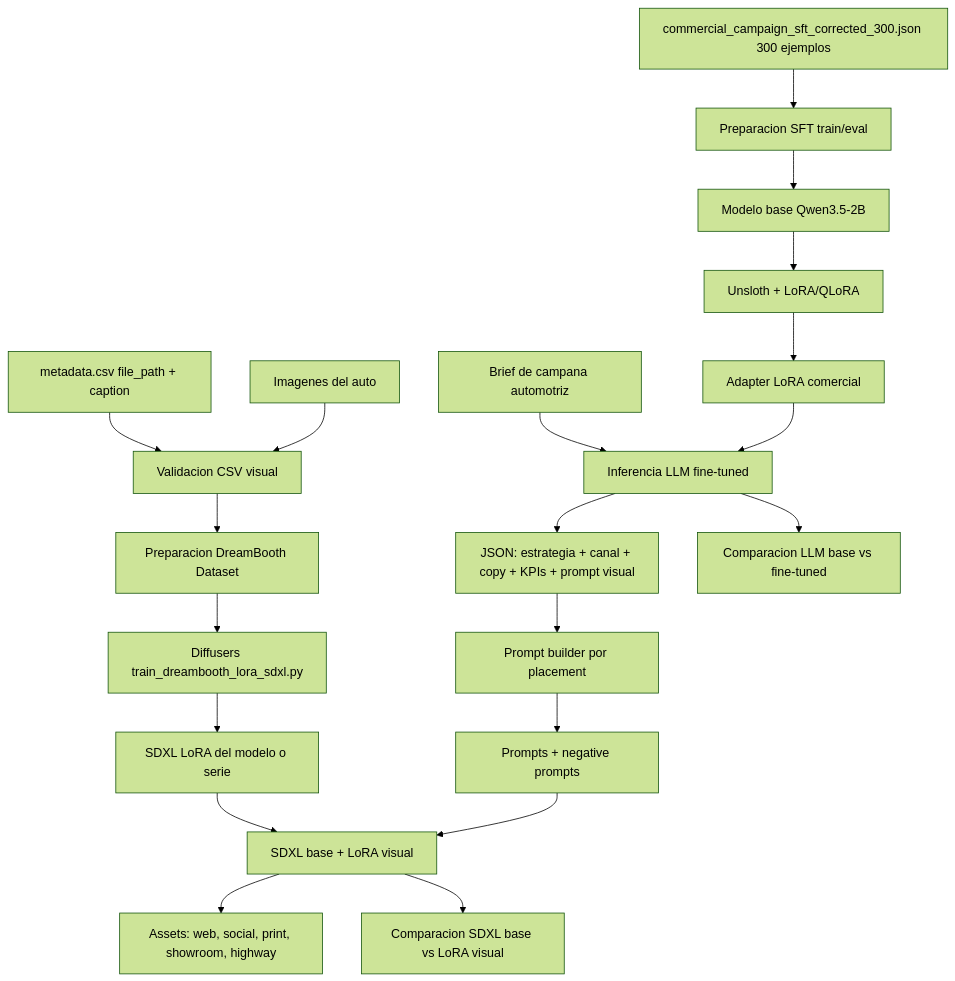
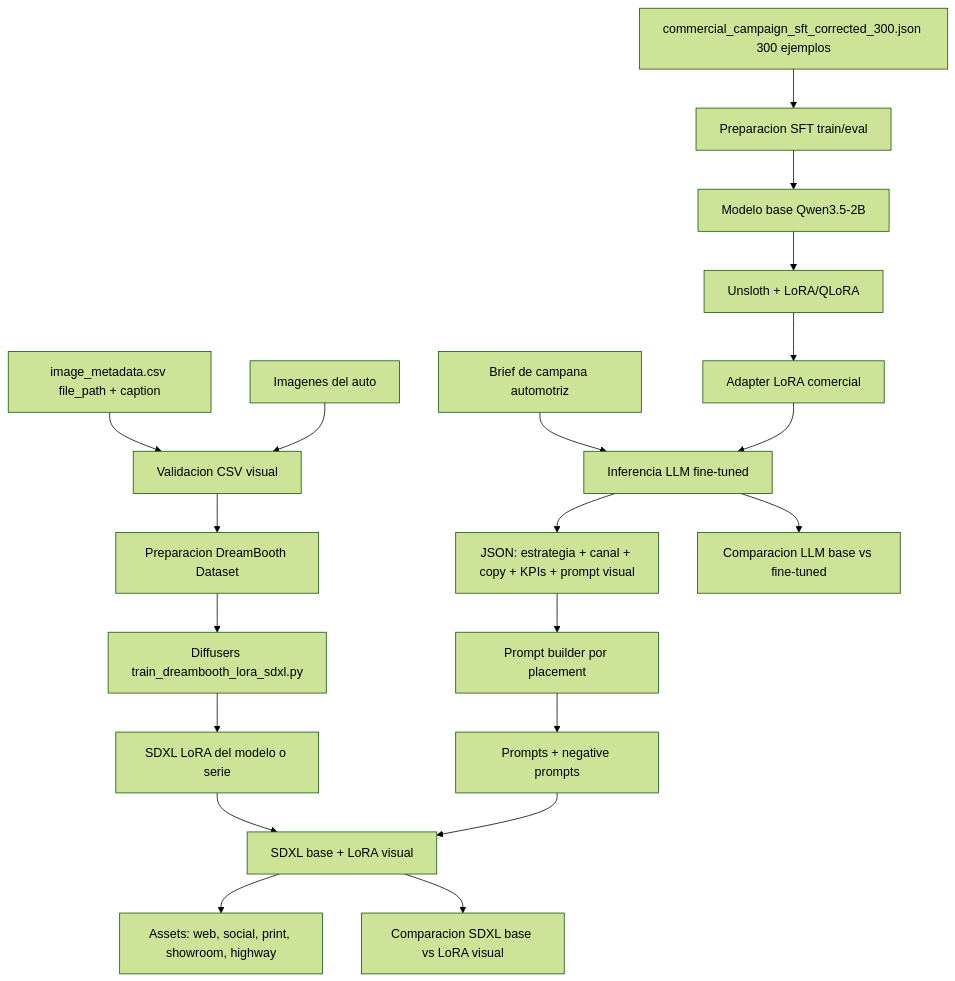
Before and after one commit to PedroMM98/dmc-tp3-gen-multimodal: the diagram in docs/demo_architecture.md, drawn with Mermaid (forest theme). The commit also changed other lines of this file and 135 other files, not shown here.

````diff
--- a/docs/demo_architecture.md
+++ b/docs/demo_architecture.md
@@ -5,22 +5,22 @@
 ```mermaid
 flowchart TD
     A[commercial_campaign_sft_corrected_300.json 300 ejemplos] --> B[Preparacion SFT train/eval]
     B --> C[Modelo base Qwen3.5-2B]
     C --> D[Unsloth + LoRA/QLoRA]
     D --> E[Adapter LoRA comercial]
     F[Brief de campana automotriz] --> G[Inferencia LLM fine-tuned]
     E --> G
     G --> H[JSON: estrategia + canal + copy + KPIs + prompt visual]
-    I[metadata.csv file_path + caption] --> J[Validacion CSV visual]
+    I[image_metadata.csv file_path + caption] --> J[Validacion CSV visual]
     K[Imagenes del auto] --> J
     J --> L[Preparacion DreamBooth Dataset]
     L --> M[Diffusers train_dreambooth_lora_sdxl.py]
     M --> N[SDXL LoRA del modelo o serie]
     H --> O[Prompt builder por placement]
     O --> P[Prompts + negative prompts]
     N --> Q[SDXL base + LoRA visual]
     P --> Q
     Q --> R[Assets: web, social, print, showroom, highway]
     G --> S[Comparacion LLM base vs fine-tuned]
     Q --> T[Comparacion SDXL base vs LoRA visual]
 ```
````
